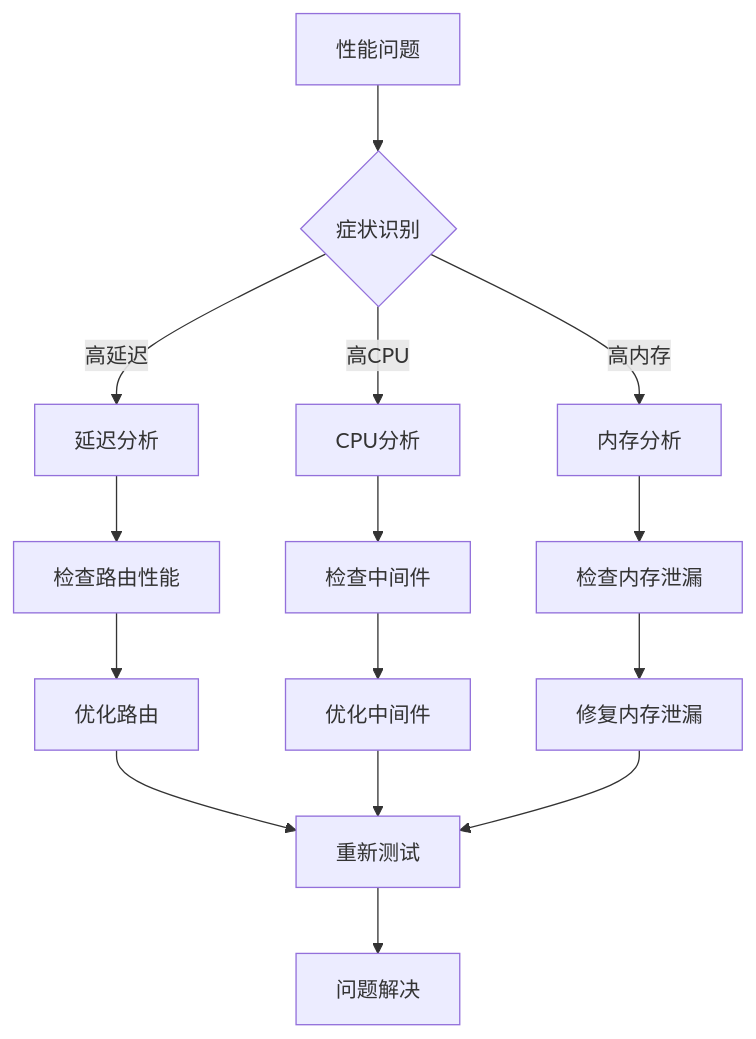
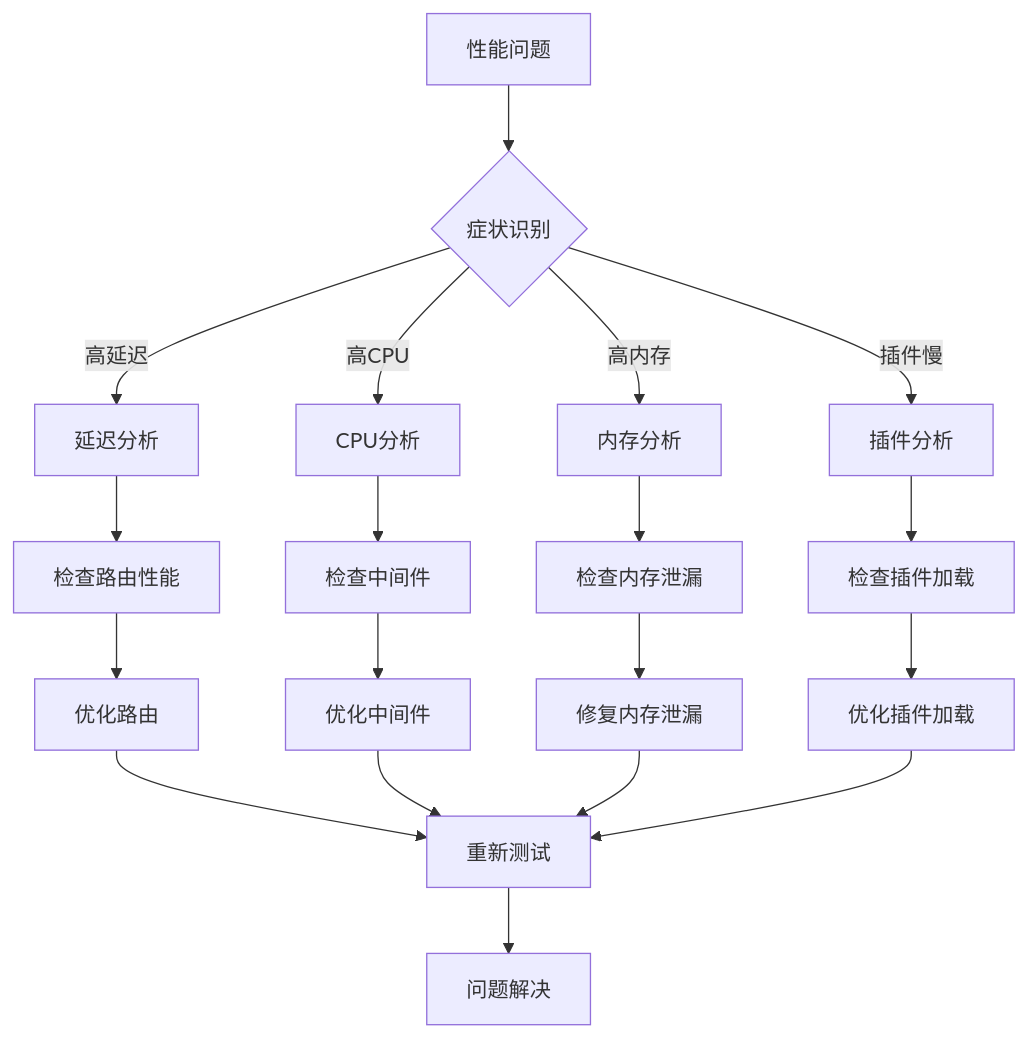
One commit to esa-sp/test-for-aone-ci changed diagram 14 of 14 in .qoder/repowiki/zh/content/后端框架测试/Fastify高性能框架测试.md. Above: the diagram before and after it, drawn with Mermaid. The commit also changed other lines of this file and 119 other files, not shown here.

````diff
--- a/.qoder/repowiki/zh/content/后端框架测试/Fastify高性能框架测试.md
+++ b/.qoder/repowiki/zh/content/后端框架测试/Fastify高性能框架测试.md
@@ -446,17 +621,21 @@
 ```mermaid
 flowchart TD
 Problem[性能问题] --> Symptom{症状识别}
 Symptom --> |高延迟| Latency[延迟分析]
 Symptom --> |高CPU| CPU[CPU分析]
 Symptom --> |高内存| Memory[内存分析]
+Symptom --> |插件慢| Plugin[插件分析]
 Latency --> CheckRoutes[检查路由性能]
 CheckRoutes --> OptimizeRoutes[优化路由]
 CPU --> CheckMiddleware[检查中间件]
 CheckMiddleware --> OptimizeMiddleware[优化中间件]
 Memory --> CheckLeaks[检查内存泄漏]
 CheckLeaks --> FixLeaks[修复内存泄漏]
+Plugin --> CheckPluginLoad[检查插件加载]
+CheckPluginLoad --> OptimizePluginLoad[优化插件加载]
 OptimizeRoutes --> Test[重新测试]
 OptimizeMiddleware --> Test
 FixLeaks --> Test
+OptimizePluginLoad --> Test
 Test --> Resolve[问题解决]
 ```
````
